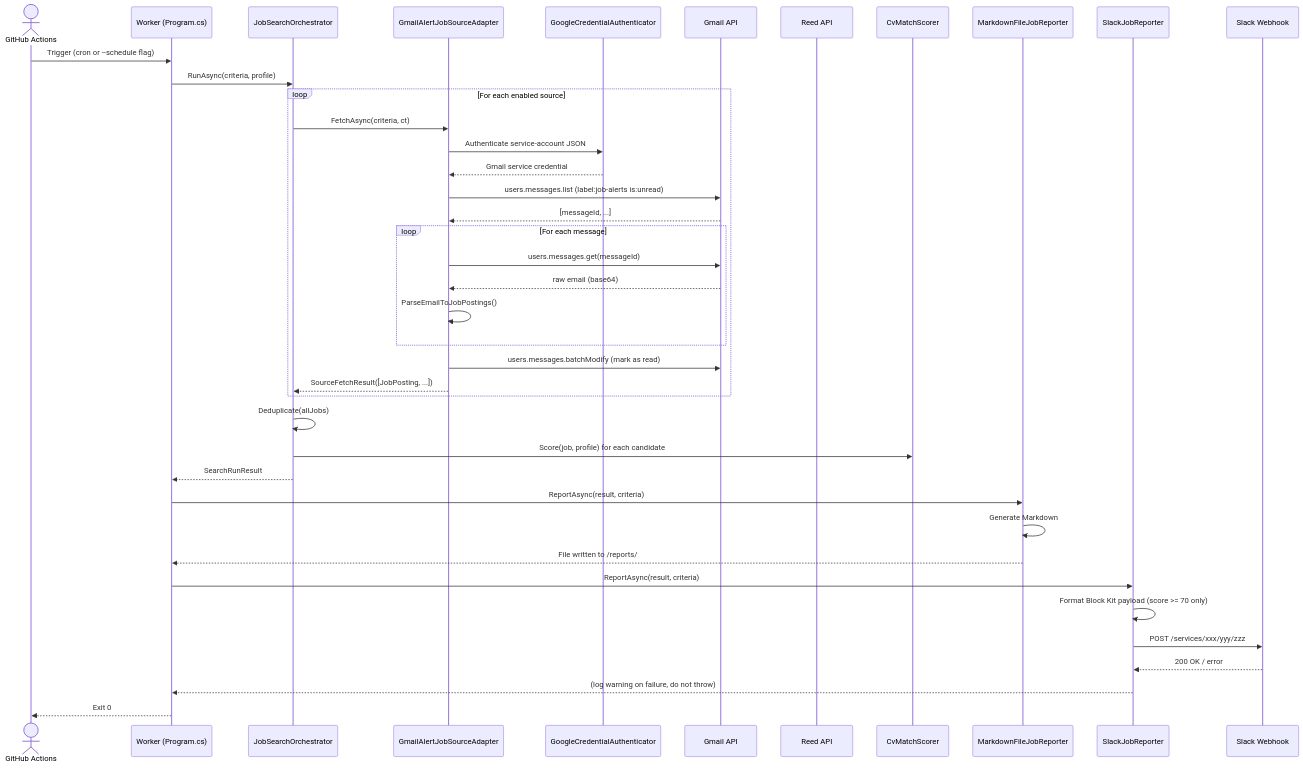
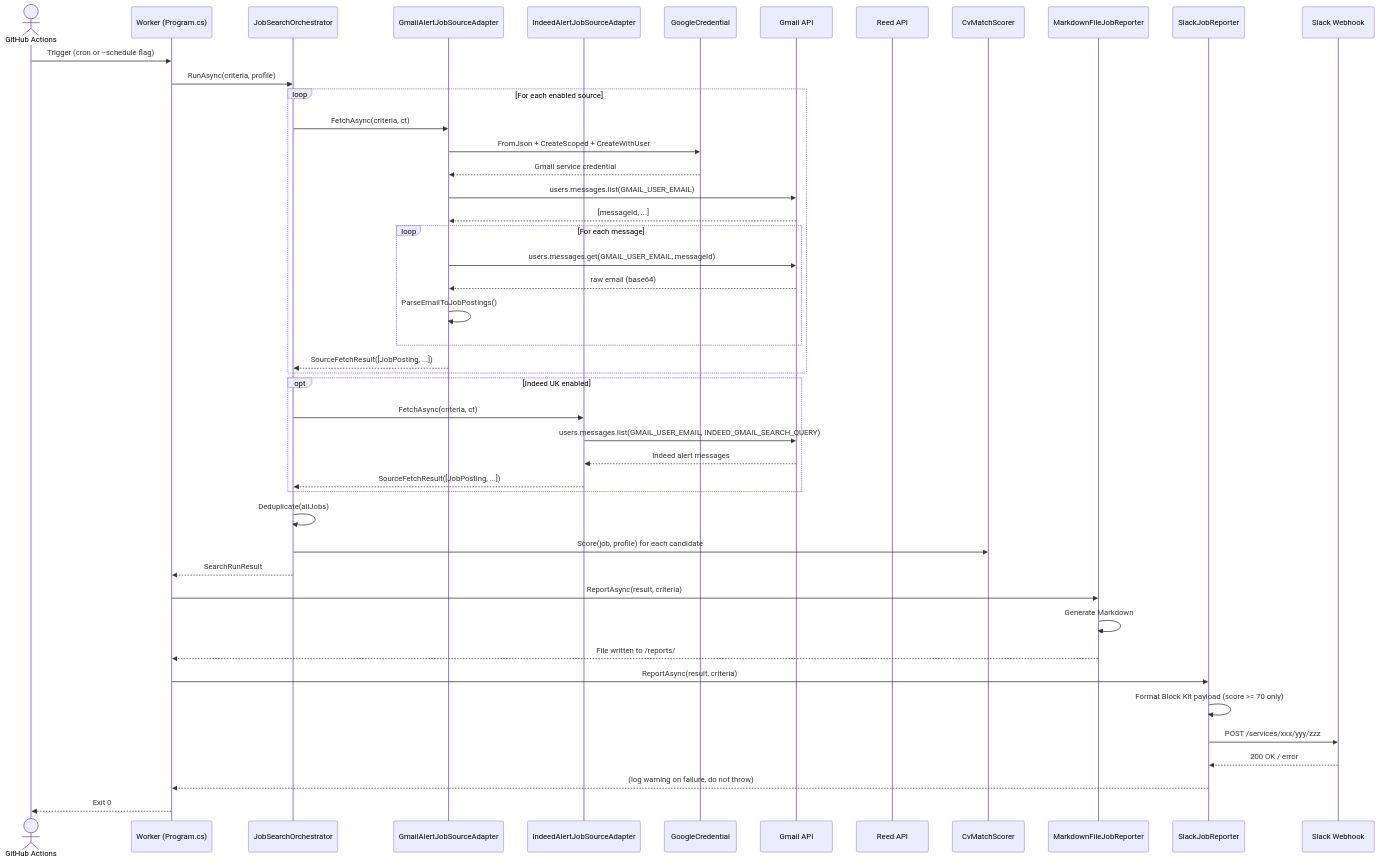
The third of 11 diagrams in docs/gmail-slack-integration.md (ekanatha-urivakili/AiJobSearchAgent), drawn with Mermaid before and after one commit. The commit also changed other lines of this file and 5 other files, not shown here.

````diff
--- a/docs/gmail-slack-integration.md
+++ b/docs/gmail-slack-integration.md
@@ -135,48 +137,55 @@
 ```mermaid
 sequenceDiagram
     actor GH as GitHub Actions
     participant W as Worker (Program.cs)
     participant JO as JobSearchOrchestrator
     participant GJSA as GmailAlertJobSourceAdapter
-    participant GAuth as GoogleCredentialAuthenticator
+    participant IJSA as IndeedAlertJobSourceAdapter
+    participant GAuth as GoogleCredential
     participant GmailAPI as Gmail API
     participant ReedAPI as Reed API
     participant Scorer as CvMatchScorer
     participant MFR as MarkdownFileJobReporter
     participant SJR as SlackJobReporter
     participant Slack as Slack Webhook
 
     GH->>W: Trigger (cron or --schedule flag)
     W->>JO: RunAsync(criteria, profile)
 
     loop For each enabled source
         JO->>GJSA: FetchAsync(criteria, ct)
-        GJSA->>GAuth: Authenticate service-account JSON
+        GJSA->>GAuth: FromJson + CreateScoped + CreateWithUser
         GAuth-->>GJSA: Gmail service credential
-        GJSA->>GmailAPI: users.messages.list (label:job-alerts is:unread)
+        GJSA->>GmailAPI: users.messages.list(GMAIL_USER_EMAIL)
         GmailAPI-->>GJSA: [messageId, ...]
         loop For each message
-            GJSA->>GmailAPI: users.messages.get(messageId)
+            GJSA->>GmailAPI: users.messages.get(GMAIL_USER_EMAIL, messageId)
             GmailAPI-->>GJSA: raw email (base64)
             GJSA->>GJSA: ParseEmailToJobPostings()
         end
-        GJSA->>GmailAPI: users.messages.batchModify (mark as read)
         GJSA-->>JO: SourceFetchResult([JobPosting, ...])
+    end
+
+    opt Indeed UK enabled
+        JO->>IJSA: FetchAsync(criteria, ct)
+        IJSA->>GmailAPI: users.messages.list(GMAIL_USER_EMAIL, INDEED_GMAIL_SEARCH_QUERY)
+        GmailAPI-->>IJSA: Indeed alert messages
+        IJSA-->>JO: SourceFetchResult([JobPosting, ...])
     end
 
     JO->>JO: Deduplicate(allJobs)
     JO->>Scorer: Score(job, profile) for each candidate
     JO-->>W: SearchRunResult
 
     W->>MFR: ReportAsync(result, criteria)
     MFR->>MFR: Generate Markdown
     MFR-->>W: File written to /reports/
 
     W->>SJR: ReportAsync(result, criteria)
     SJR->>SJR: Format Block Kit payload (score >= 70 only)
     SJR->>Slack: POST /services/xxx/yyy/zzz
     Slack-->>SJR: 200 OK / error
     SJR-->>W: (log warning on failure, do not throw)
 
     W-->>GH: Exit 0
 ```
````
